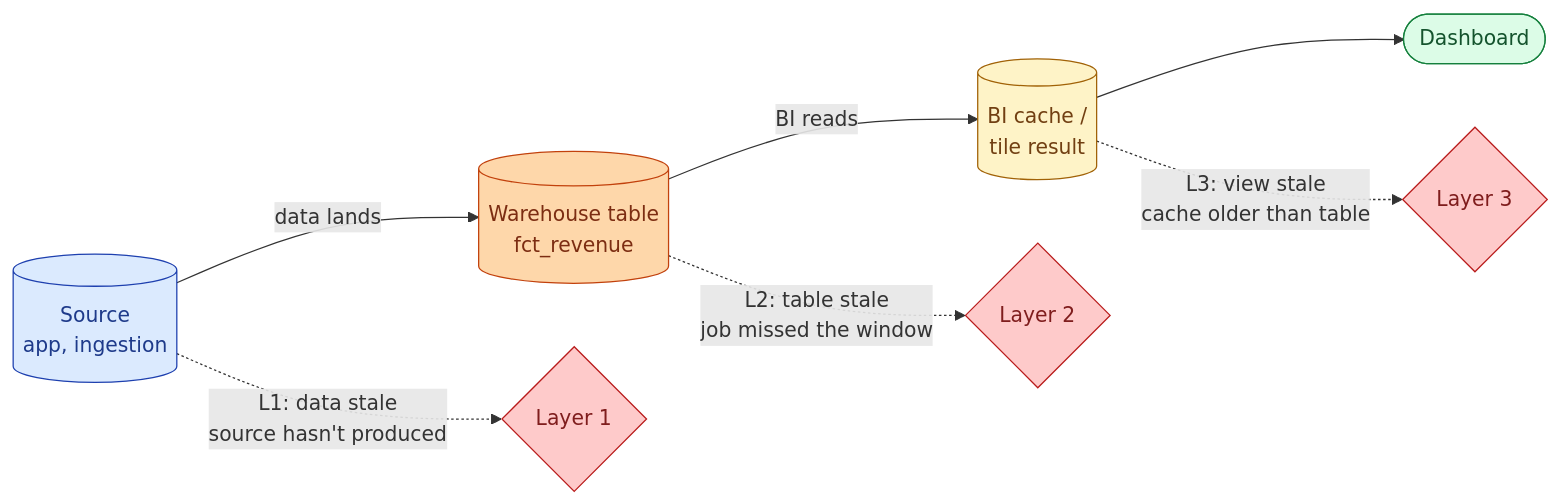
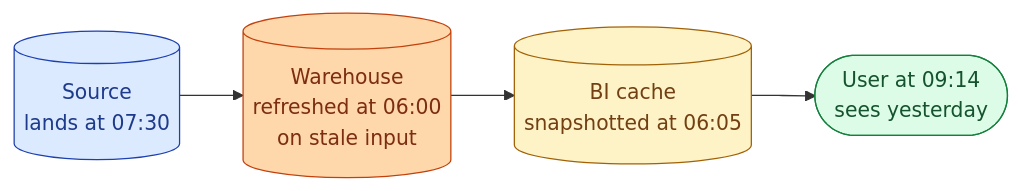
The first of 3 diagrams in problems/093-dashboard-stale-despite-healthy-job/solution.md (shiningflash/data-engineering-practice-problems), drawn with Mermaid before and after one commit. The commit also changed other lines of this file and 3 other files, not shown here.

````diff
--- a/problems/093-dashboard-stale-despite-healthy-job/solution.md
+++ b/problems/093-dashboard-stale-despite-healthy-job/solution.md
@@ -9,14 +17,9 @@
 ```mermaid
 flowchart LR
-    SRC[("Source<br/>app, ingestion")]:::src -->|"data lands"| WH[("Warehouse table<br/>fct_revenue")]:::wh -->|"BI reads"| CACHE[("BI cache /<br/>tile result")]:::cache --> USER([Dashboard]):::out
-
-    SRC -.->|"L1: data stale<br/>source hasn't produced"| F1{Layer 1}:::tx
-    WH -.->|"L2: table stale<br/>job missed the window"| F2{Layer 2}:::tx
-    CACHE -.->|"L3: view stale<br/>cache older than table"| F3{Layer 3}:::tx
+    SRC[("Source<br/>lands at 07:30")]:::src --> WH[("Warehouse<br/>refreshed at 06:00<br/>on stale input")]:::wh --> BI[("BI cache<br/>snapshotted at 06:05")]:::cache --> U([User at 09:14<br/>sees yesterday]):::out
 
     classDef src fill:#dbeafe,stroke:#1e40af,color:#1e3a8a
     classDef wh fill:#fed7aa,stroke:#c2410c,color:#7c2d12
     classDef cache fill:#fef3c7,stroke:#a16207,color:#713f12
     classDef out fill:#dcfce7,stroke:#15803d,color:#14532d
-    classDef tx fill:#fecaca,stroke:#b91c1c,color:#7f1d1d
 ```
````
